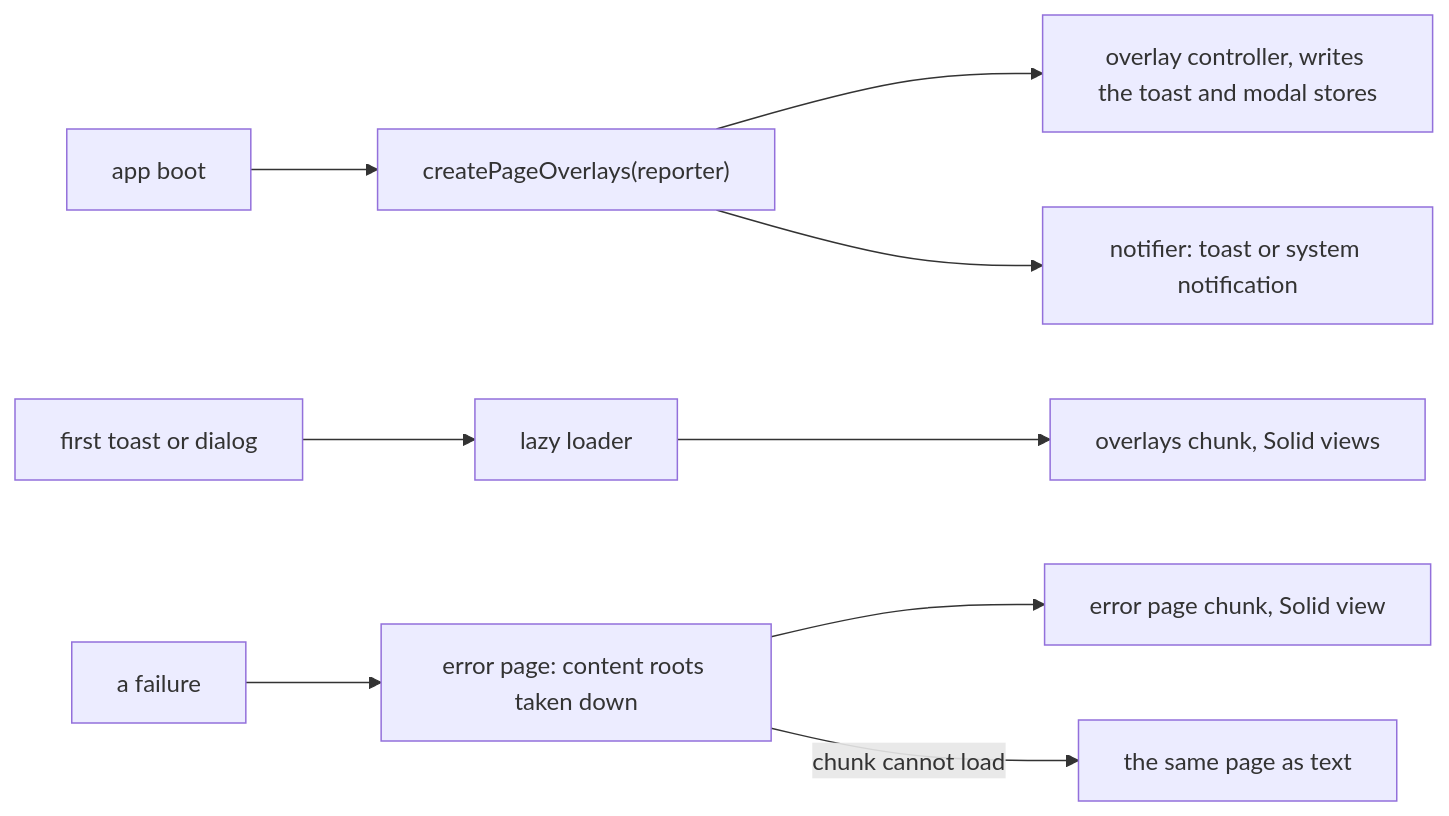
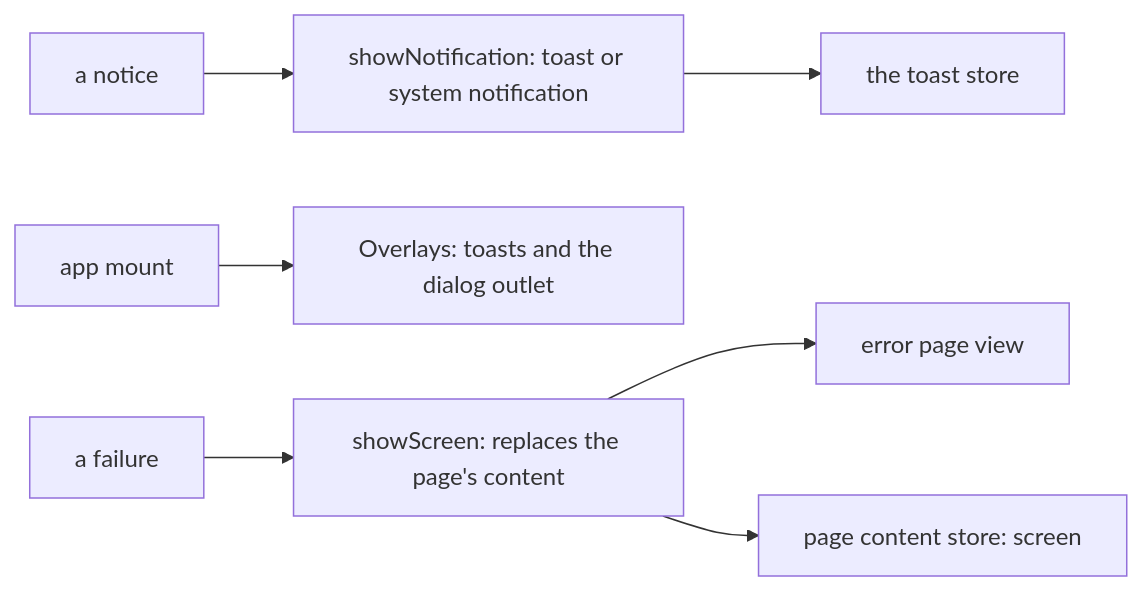
Before and after one commit to paritytech/dotli-community: the diagram in packages/ui-widgets/README.md, drawn with Mermaid. The commit also changed other lines of this file and 238 other files, not shown here.

````diff
--- a/packages/ui-widgets/README.md
+++ b/packages/ui-widgets/README.md
@@ -21,9 +22,7 @@
 ```mermaid
 flowchart LR
-  boot[app boot] --> create["createPageOverlays(reporter)"]
-  create --> controller["overlay controller, writes the toast and modal stores"]
-  create --> notifier["notifier: toast or system notification"]
-  first[first toast or dialog] --> loader[lazy loader] --> chunk["overlays chunk, Solid views"]
-  failure[a failure] --> screen["error page: content roots taken down"] --> view["error page chunk, Solid view"]
-  screen -- chunk cannot load --> text["the same page as text"]
+  notice[a notice] --> notifier["showNotification: toast or system notification"] --> toasts["the toast store"]
+  mount[app mount] --> overlays["Overlays: toasts and the dialog outlet"]
+  failure[a failure] --> screen["showScreen: replaces the page's content"] --> view["error page view"]
+  screen --> content["page content store: screen"]
 ```
````
